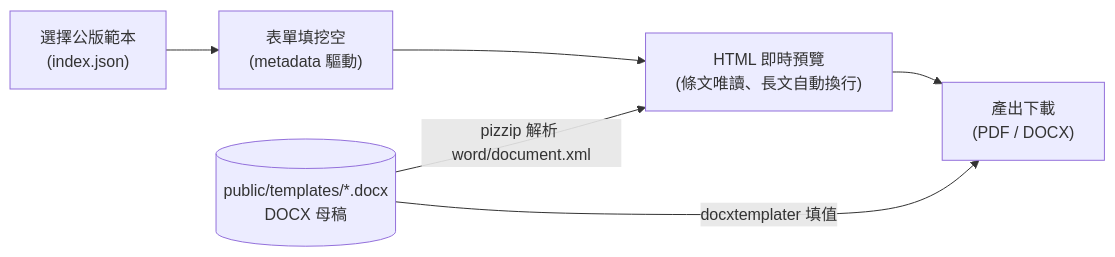
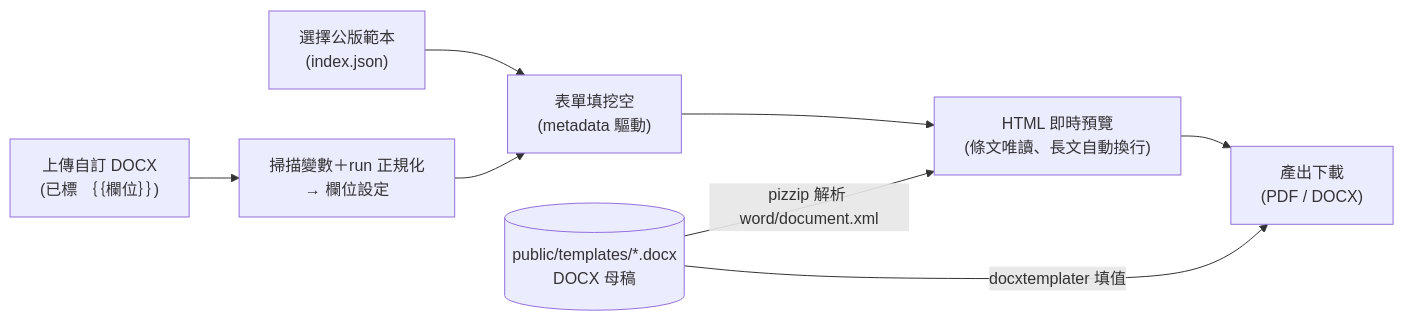
One commit to william-eth/clm-blank-fill-demo changed the diagram in README.md. Above: the diagram before and after it, drawn with Mermaid. The commit also changed other lines of this file and 16 other files, not shown here.

First line of the commit message:
新增：上傳自訂 DOCX 範本（Word 標 {{}} → 掃描 → 欄位設定 → 填值 → PDF/DOCX）

````diff
--- a/README.md
+++ b/README.md
@@ -13,10 +13,12 @@
 ```mermaid
 flowchart LR
     A["選擇公版範本<br/>(index.json)"] --> B["表單填挖空<br/>(metadata 驅動)"]
+    U["上傳自訂 DOCX<br/>(已標 ｛｛欄位｝｝)"] --> S["掃描變數＋run 正規化<br/>→ 欄位設定"]
+    S --> B
     B --> C["HTML 即時預覽<br/>(條文唯讀、長文自動換行)"]
     C --> D["產出下載<br/>(PDF / DOCX)"]
 
     T[("public/templates/*.docx<br/>DOCX 母稿")]
     T -- "pizzip 解析 word/document.xml" --> C
     T -- "docxtemplater 填值" --> D
 ```
````
